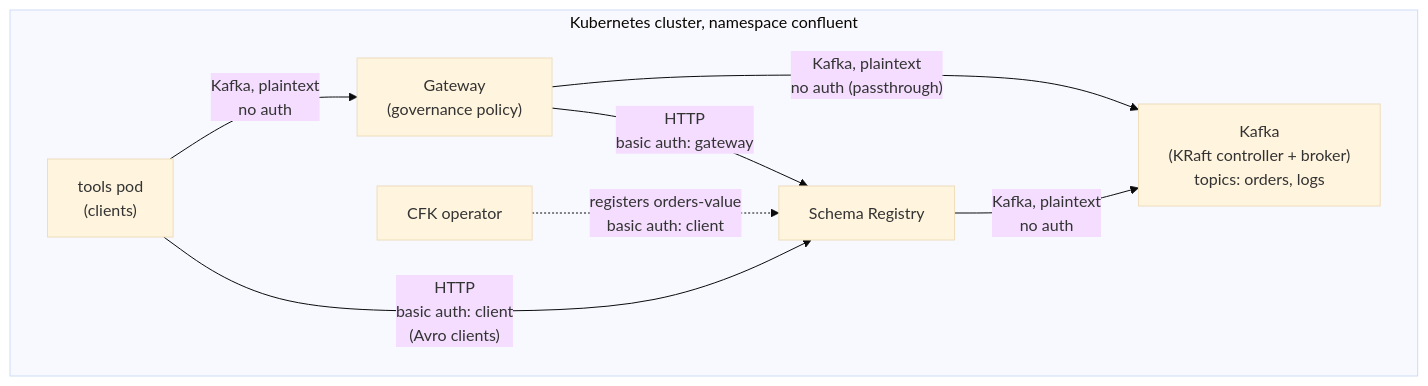
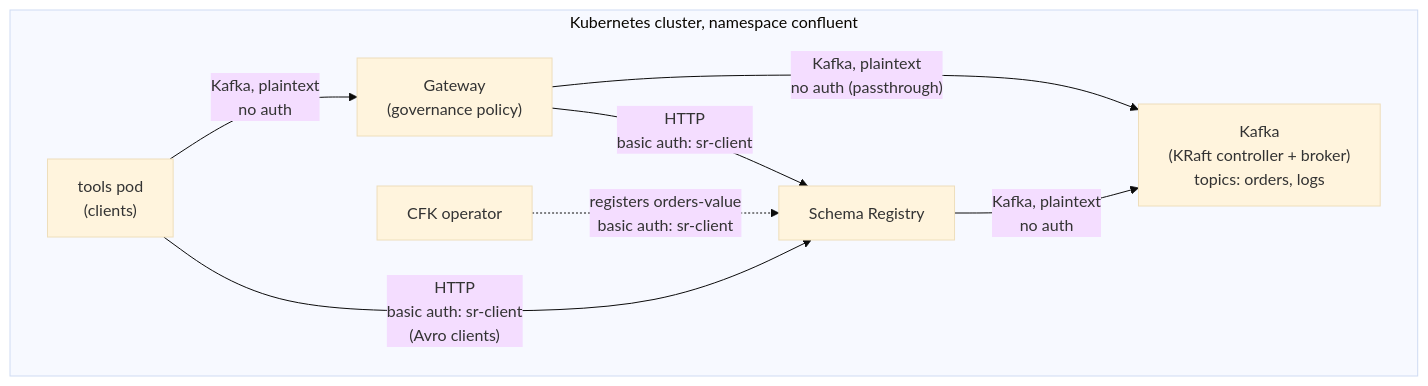
One commit to confluentinc/confluent-kubernetes-examples changed the diagram in gateway/data-governance/schema-validation/README.md. Above: the diagram before and after it, drawn with Mermaid (base theme). The commit also changed other lines of this file and 5 other files, not shown here.

First line of the commit message:
Use one Schema Registry user and deploy Schema Registry after Kafka

````diff
--- a/gateway/data-governance/schema-validation/README.md
+++ b/gateway/data-governance/schema-validation/README.md
@@ -21,18 +21,18 @@
 ```mermaid
 flowchart LR
   subgraph k8s["Kubernetes cluster, namespace confluent"]
     direction LR
     tools["tools pod<br/>(clients)"]
     gw["Gateway<br/>(governance policy)"]
     kafka["Kafka<br/>(KRaft controller + broker)<br/>topics: orders, logs"]
     sr["Schema Registry"]
     cfk["CFK operator"]
   end
 
   tools -->|"Kafka, plaintext<br/>no auth"| gw
-  tools -->|"HTTP<br/>basic auth: client<br/>(Avro clients)"| sr
+  tools -->|"HTTP<br/>basic auth: sr-client<br/>(Avro clients)"| sr
   gw -->|"Kafka, plaintext<br/>no auth (passthrough)"| kafka
-  gw -->|"HTTP<br/>basic auth: gateway"| sr
+  gw -->|"HTTP<br/>basic auth: sr-client"| sr
   sr -->|"Kafka, plaintext<br/>no auth"| kafka
-  cfk -.->|"registers orders-value<br/>basic auth: client"| sr
+  cfk -.->|"registers orders-value<br/>basic auth: sr-client"| sr
 ```
````
